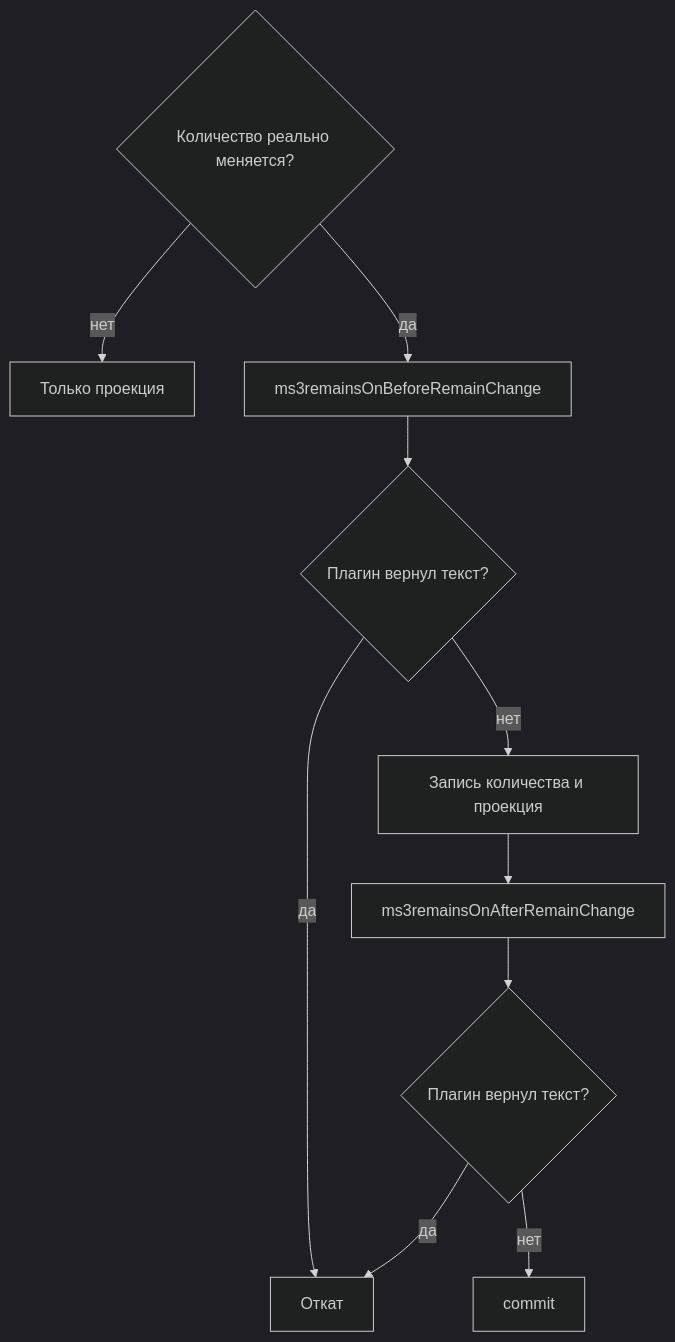
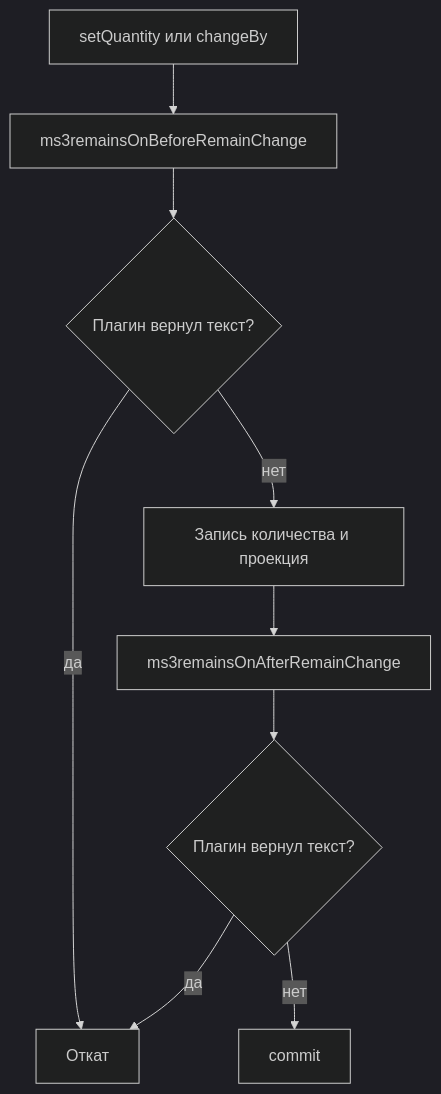
Before and after one commit to modx-pro/Docs: the first of 2 diagrams in docs/components/ms3remains/events.md, drawn with Mermaid (dark theme). The commit also changed other lines of this file and 22 other files, not shown here.

````diff
--- a/docs/components/ms3remains/events.md
+++ b/docs/components/ms3remains/events.md
@@ -16,13 +16,11 @@
 ```mermaid
 flowchart TB
-  delta{"Количество реально меняется?"}
-  delta -->|нет| onlyProj["Только проекция"]
-  delta -->|да| before["ms3remainsOnBeforeRemainChange"]
+  call["setQuantity или changeBy"] --> before["ms3remainsOnBeforeRemainChange"]
   before --> cancel1{"Плагин вернул текст?"}
   cancel1 -->|да| fail["Откат"]
   cancel1 -->|нет| write["Запись количества и проекция"]
   write --> after["ms3remainsOnAfterRemainChange"]
   after --> cancel2{"Плагин вернул текст?"}
   cancel2 -->|да| fail
   cancel2 -->|нет| commit["commit"]
 ```
````
